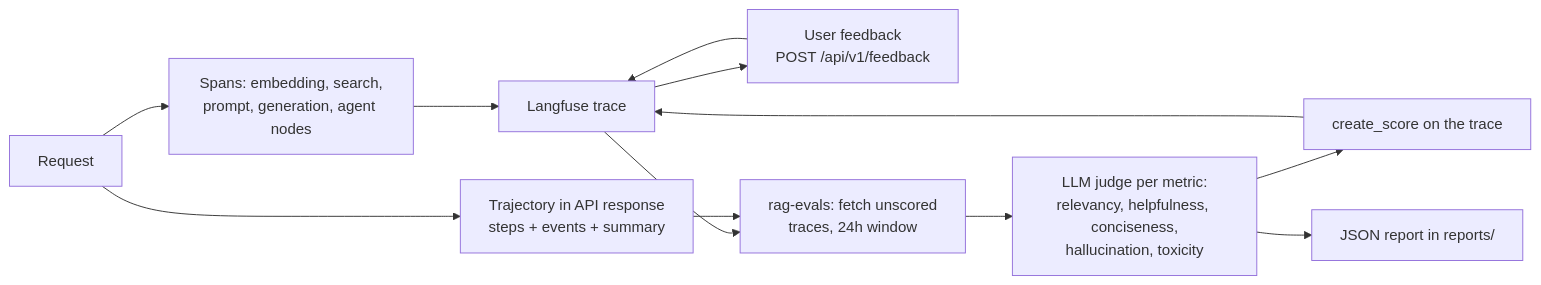
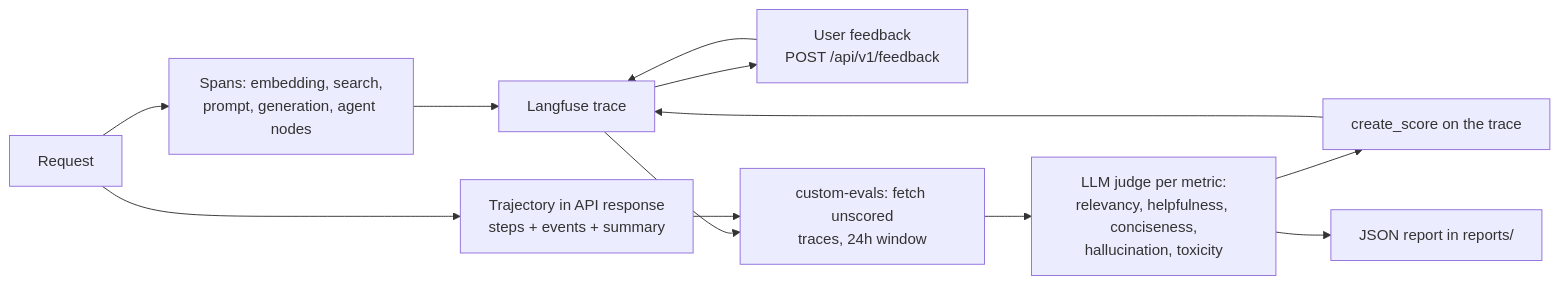
One commit to apssouza22/production-rag changed diagram 11 of 11 in docs/ARTICLE.md. Above: the diagram before and after it, drawn with Mermaid. The commit also changed other lines of this file and 19 other files, not shown here.

Commit message:
Renamed to from rag_evals to custom_evals

````diff
--- a/docs/ARTICLE.md
+++ b/docs/ARTICLE.md
@@ -603,14 +603,14 @@
 ```mermaid
 flowchart LR
     A["Request"] --> B["Spans: embedding, search,<br/>prompt, generation, agent nodes"]
     B --> C["Langfuse trace"]
     A --> T["Trajectory in API response<br/>steps + events + summary"]
     C --> D["User feedback<br/>POST /api/v1/feedback"]
-    C --> E["rag-evals: fetch unscored<br/>traces, 24h window"]
+    C --> E["custom-evals: fetch unscored<br/>traces, 24h window"]
     T --> E
     E --> F["LLM judge per metric:<br/>relevancy, helpfulness, conciseness,<br/>hallucination, toxicity"]
     F --> G["create_score on the trace"]
     G --> C
     F --> H["JSON report in reports/"]
     D --> C
 ```
````
